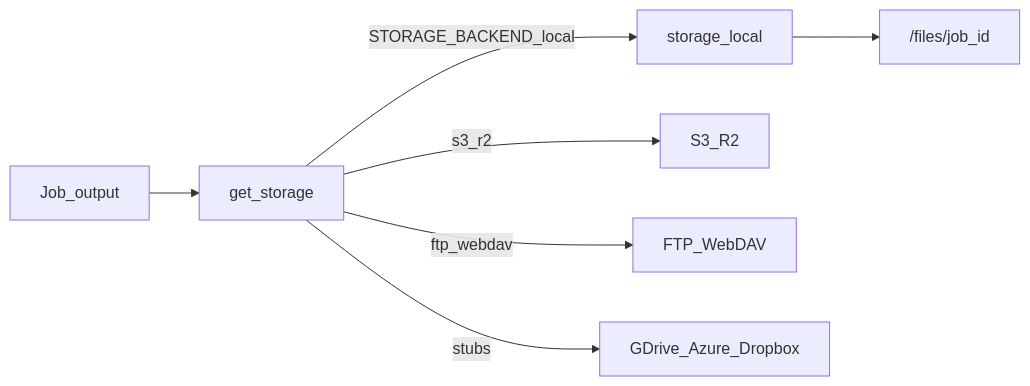
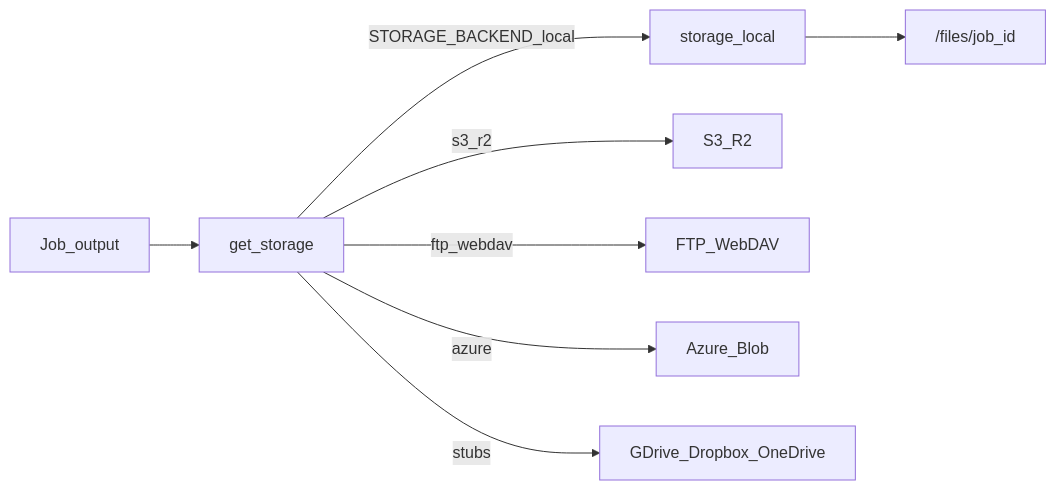
The diagram in docs/plugins/storage.md (vannyakh/mediacore), drawn with Mermaid before and after one commit. The commit also changed other lines of this file and 4223 other files, not shown here.

````diff
--- a/docs/plugins/storage.md
+++ b/docs/plugins/storage.md
@@ -5,9 +5,10 @@
 ```mermaid
 flowchart LR
   Job[Job_output] --> Runtime[get_storage]
   Runtime -->|STORAGE_BACKEND_local| Local[storage_local]
   Runtime -->|s3_r2| ObjectStore[S3_R2]
   Runtime -->|ftp_webdav| Net[FTP_WebDAV]
-  Runtime -->|stubs| Cloud[GDrive_Azure_Dropbox]
+  Runtime -->|azure| Azure[Azure_Blob]
+  Runtime -->|stubs| OAuth[GDrive_Dropbox_OneDrive]
   Local --> Files["/files/job_id"]
 ```
````
